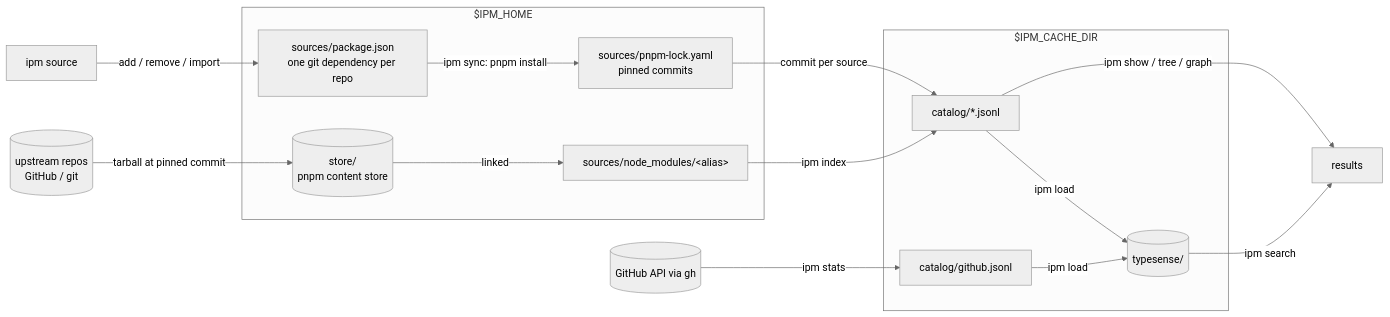
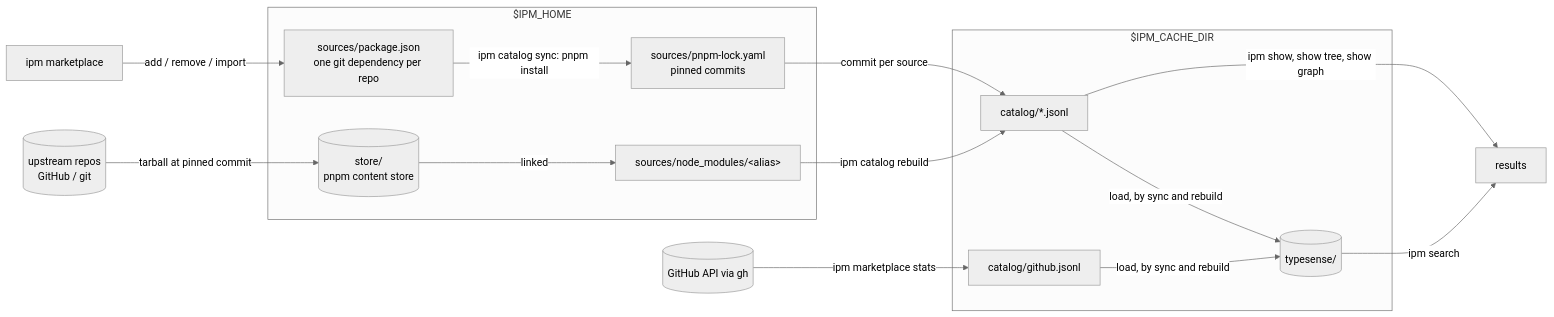
The first of 2 diagrams in docs/architecture.md (thinkjones/intelligent-package-manager), drawn with Mermaid (neutral theme) before and after one commit. The commit also changed other lines of this file and 75 other files, not shown here.

First line of the commit message:
Commands follow the workflow: marketplace, catalog, pack, install claude (#15)

````diff
--- a/docs/architecture.md
+++ b/docs/architecture.md
@@ -18,28 +18,28 @@
 ```mermaid
 flowchart LR
   subgraph home["$IPM_HOME"]
     PJ["sources/package.json<br/>one git dependency per repo"]
     LK["sources/pnpm-lock.yaml<br/>pinned commits"]
     NM["sources/node_modules/&lt;alias&gt;"]
     ST[("store/<br/>pnpm content store")]
   end
   subgraph cache["$IPM_CACHE_DIR"]
     CAT["catalog/*.jsonl"]
     GH["catalog/github.jsonl"]
     TS[("typesense/")]
   end
   U[("upstream repos<br/>GitHub / git")]
   API[("GitHub API via gh")]
 
-  SRC["ipm source"] -->|add / remove / import| PJ
-  PJ -->|ipm sync: pnpm install| LK
+  SRC["ipm marketplace"] -->|add / remove / import| PJ
+  PJ -->|ipm catalog sync: pnpm install| LK
   U -->|tarball at pinned commit| ST
   ST -->|linked| NM
-  NM -->|ipm index| CAT
+  NM -->|ipm catalog rebuild| CAT
   LK -->|commit per source| CAT
-  API -->|ipm stats| GH
-  CAT -->|ipm load| TS
-  GH -->|ipm load| TS
+  API -->|ipm marketplace stats| GH
+  CAT -->|load, by sync and rebuild| TS
+  GH -->|load, by sync and rebuild| TS
   TS -->|ipm search| R["results"]
-  CAT -->|ipm show / tree / graph| R
+  CAT -->|ipm show, show tree, show graph| R
 ```
````
